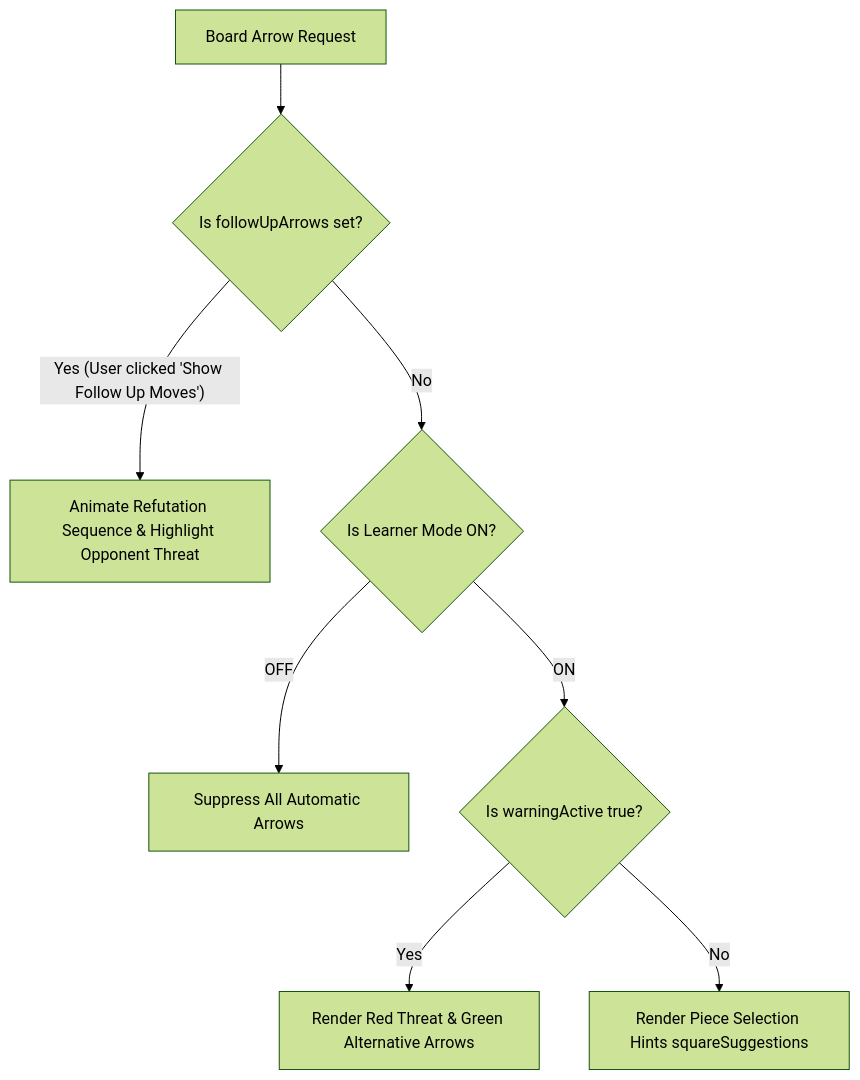
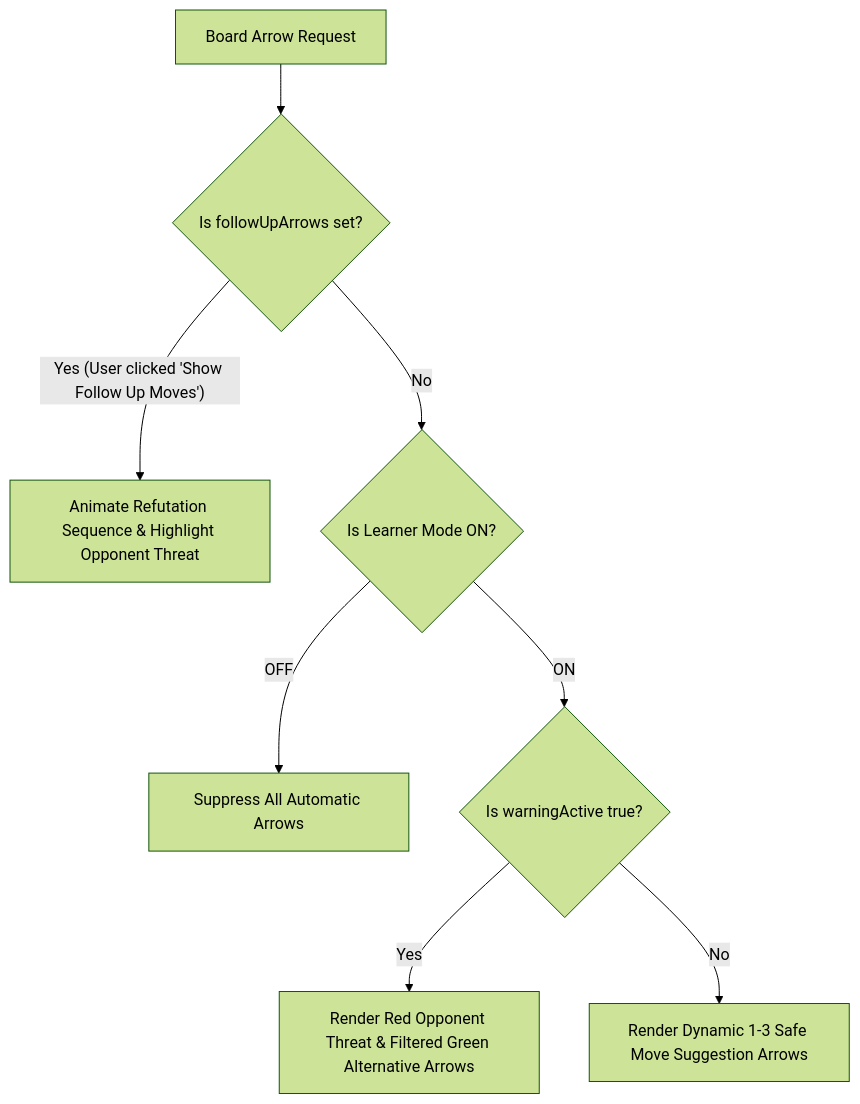
One commit to janhavi-28/chess-game changed the fifth of 6 diagrams in ARCHITECTURE.md. Above: the diagram before and after it, drawn with Mermaid (forest theme). The commit also changed other lines of this file and 30 other files, not shown here.

Commit message:
feat: add 18+ Roast Mode, dynamic safe hint arrows, Razorpay webhook, clean age gate & update docs

````diff
--- a/ARCHITECTURE.md
+++ b/ARCHITECTURE.md
@@ -157,10 +170,10 @@
 ```mermaid
 flowchart TD
     A[Board Arrow Request] --> B{Is followUpArrows set?}
     B -- Yes (User clicked 'Show Follow Up Moves') --> C[Animate Refutation Sequence & Highlight Opponent Threat]
     B -- No --> D{Is Learner Mode ON?}
     D -- OFF --> E[Suppress All Automatic Arrows]
     D -- ON --> F{Is warningActive true?}
-    F -- Yes --> G[Render Red Threat & Green Alternative Arrows]
-    F -- No --> H[Render Piece Selection Hints squareSuggestions]
+    F -- Yes --> G[Render Red Opponent Threat & Filtered Green Alternative Arrows]
+    F -- No --> H[Render Dynamic 1-3 Safe Move Suggestion Arrows]
 ```
````
